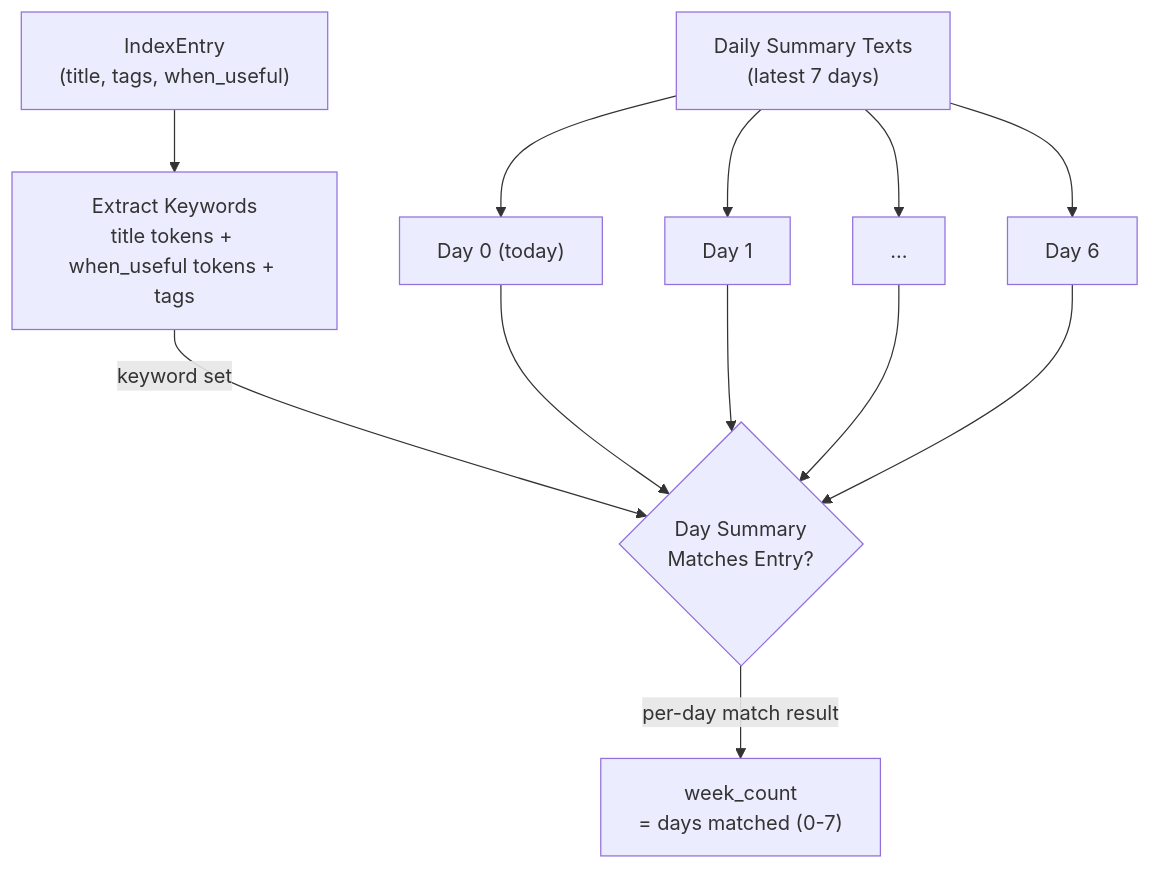
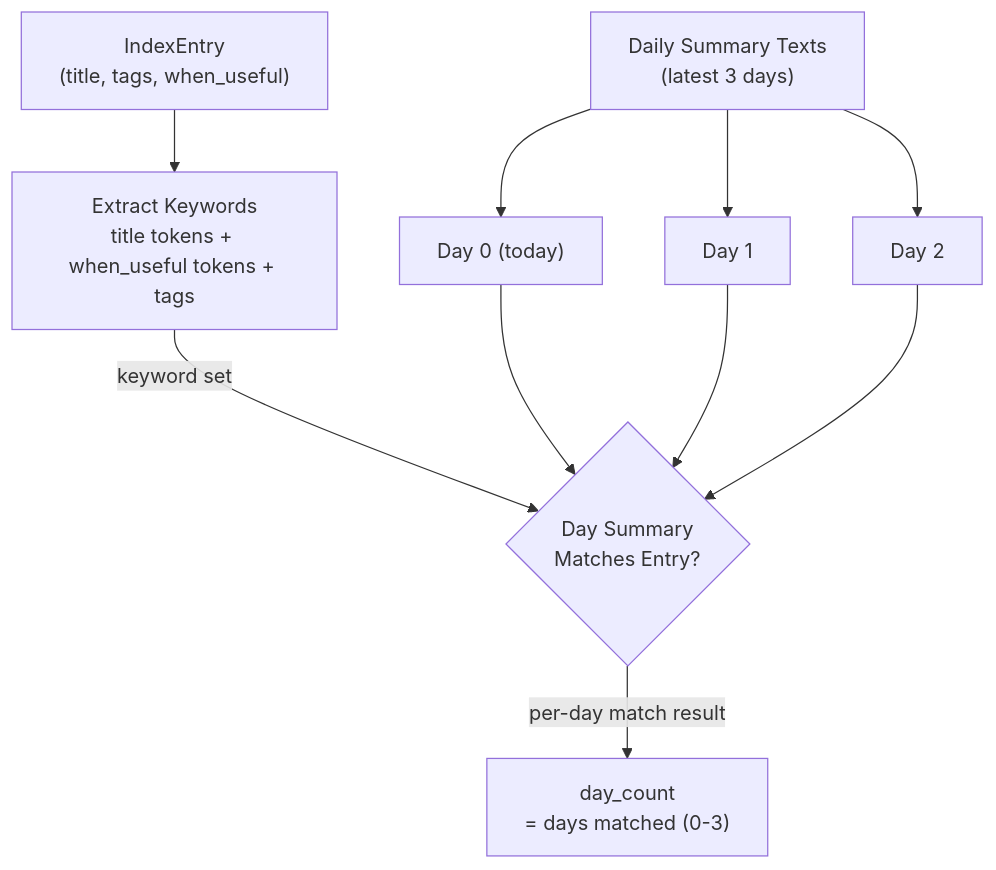
One commit to cosmoswafer/rockbot changed the third of 5 diagrams in _dfds/base/knowledge-priority.md. Above: the diagram before and after it, drawn with Mermaid. The commit also changed other lines of this file and 1 other file, not shown here.

First line of the commit message:
refactor: knowledge priority — 7-day → 3-day window, new entry default P2 → P1

````diff
--- a/_dfds/base/knowledge-priority.md
+++ b/_dfds/base/knowledge-priority.md
@@ -144,24 +144,21 @@
 ```mermaid
 flowchart TD
     ENTRY["IndexEntry<br/>(title, tags, when_useful)"]
     EXTRACT["Extract Keywords<br/>title tokens + when_useful tokens + tags"]
-    SUMS["Daily Summary Texts<br/>(latest 7 days)"]
+    SUMS["Daily Summary Texts<br/>(latest 3 days)"]
     DAY0["Day 0 (today)"]
     DAY1["Day 1"]
-    DAY2["..."]
-    DAY6["Day 6"]
+    DAY2["Day 2"]
     MATCH_DAY{"Day Summary<br/>Matches Entry?"}
-    COUNT["week_count<br/>= days matched (0-7)"]
+    COUNT["day_count<br/>= days matched (0-3)"]
 
     ENTRY --> EXTRACT
     EXTRACT -->|"keyword set"| MATCH_DAY
     SUMS --> DAY0
     SUMS --> DAY1
     SUMS --> DAY2
-    SUMS --> DAY6
     DAY0 --> MATCH_DAY
     DAY1 --> MATCH_DAY
     DAY2 --> MATCH_DAY
-    DAY6 --> MATCH_DAY
     MATCH_DAY -->|"per-day match result"| COUNT
 ```
````
